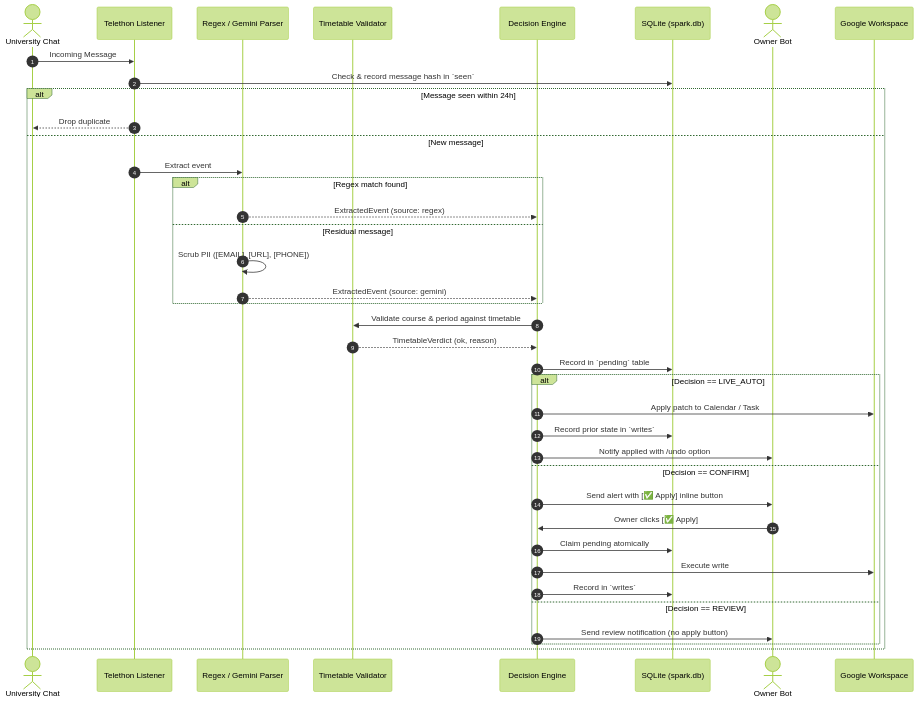
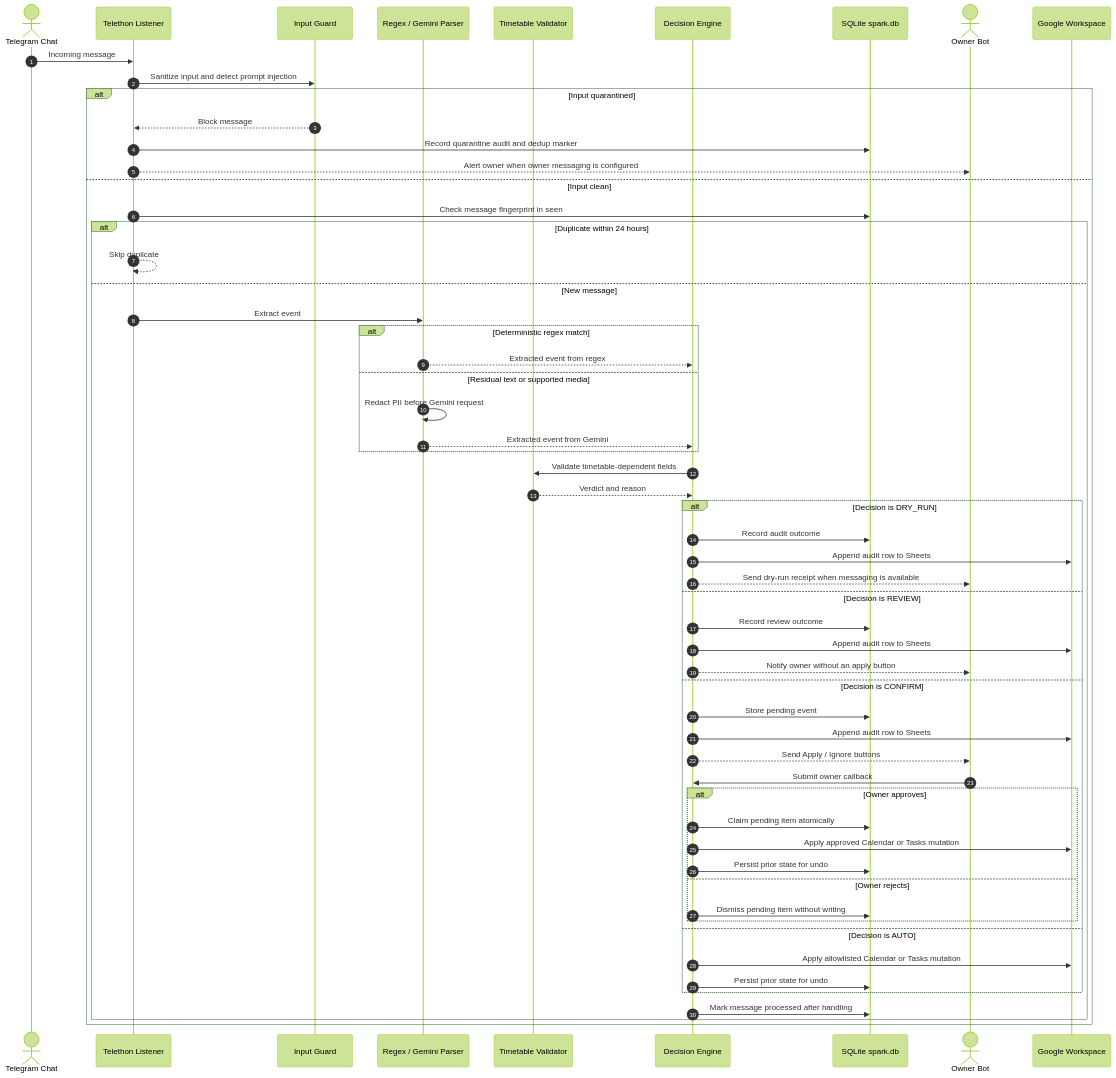
Before and after one commit to tejaswin-amara/chatlens: the second of 3 diagrams in README.md, drawn with Mermaid (forest theme). The commit also changed other lines of this file, not shown here.

Commit message:
docs: audit and correct README accuracy

```````diff
--- a/README.md
+++ b/README.md
@@ -66,42 +65,61 @@
 ```mermaid
 sequenceDiagram
     autonumber
-    actor TG as University Chat
+    actor TG as Telegram Chat
     participant L as Telethon Listener
+    participant G as Input Guard
     participant P as Regex / Gemini Parser
     participant T as Timetable Validator
     participant D as Decision Engine
-    participant DB as SQLite (spark.db)
+    participant DB as SQLite spark.db
     actor O as Owner Bot
     participant W as Google Workspace
 
-    TG->>L: Incoming Message
-    L->>DB: Check & record message hash in `seen`
-    alt Message seen within 24h
-        L-->>TG: Drop duplicate
-    else New message
-        L->>P: Extract event
-        alt Regex match found
-            P-->>D: ExtractedEvent (source: regex)
-        else Residual message
-            P->>P: Scrub PII ([EMAIL], [URL], [PHONE])
-            P-->>D: ExtractedEvent (source: gemini)
-        end
-        D->>T: Validate course & period against timetable
-        T-->>D: TimetableVerdict (ok, reason)
-        D->>DB: Record in `pending` table
-        alt Decision == LIVE_AUTO
-            D->>W: Apply patch to Calendar / Task
-            D->>DB: Record prior state in `writes`
-            D->>O: Notify applied with /undo option
-        else Decision == CONFIRM
-            D->>O: Send alert with [✅ Apply] inline button
-            O->>D: Owner clicks [✅ Apply]
-            D->>DB: Claim pending atomically
-            D->>W: Execute write
-            D->>DB: Record in `writes`
-        else Decision == REVIEW
-            D->>O: Send review notification (no apply button)
+    TG->>L: Incoming message
+    L->>G: Sanitize input and detect prompt injection
+    alt Input quarantined
+        G-->>L: Block message
+        L->>DB: Record quarantine audit and dedup marker
+        L-->>O: Alert owner when owner messaging is configured
+    else Input clean
+        L->>DB: Check message fingerprint in seen
+        alt Duplicate within 24 hours
+            L-->>L: Skip duplicate
+        else New message
+            L->>P: Extract event
+            alt Deterministic regex match
+                P-->>D: Extracted event from regex
+            else Residual text or supported media
+                P->>P: Redact PII before Gemini request
+                P-->>D: Extracted event from Gemini
+            end
+            D->>T: Validate timetable-dependent fields
+            T-->>D: Verdict and reason
+            alt Decision is DRY_RUN
+                D->>DB: Record audit outcome
+                D->>W: Append audit row to Sheets
+                D-->>O: Send dry-run receipt when messaging is available
+            else Decision is REVIEW
+                D->>DB: Record review outcome
+                D->>W: Append audit row to Sheets
+                D-->>O: Notify owner without an apply button
+            else Decision is CONFIRM
+                D->>DB: Store pending event
+                D->>W: Append audit row to Sheets
+                D-->>O: Send Apply / Ignore buttons
+                O->>D: Submit owner callback
+                alt Owner approves
+                    D->>DB: Claim pending item atomically
+                    D->>W: Apply approved Calendar or Tasks mutation
+                    D->>DB: Persist prior state for undo
+                else Owner rejects
+                    D->>DB: Dismiss pending item without writing
+                end
+            else Decision is AUTO
+                D->>W: Apply allowlisted Calendar or Tasks mutation
+                D->>DB: Persist prior state for undo
+            end
+            D->>DB: Mark message processed after handling
         end
     end
-```
+``````
```````
